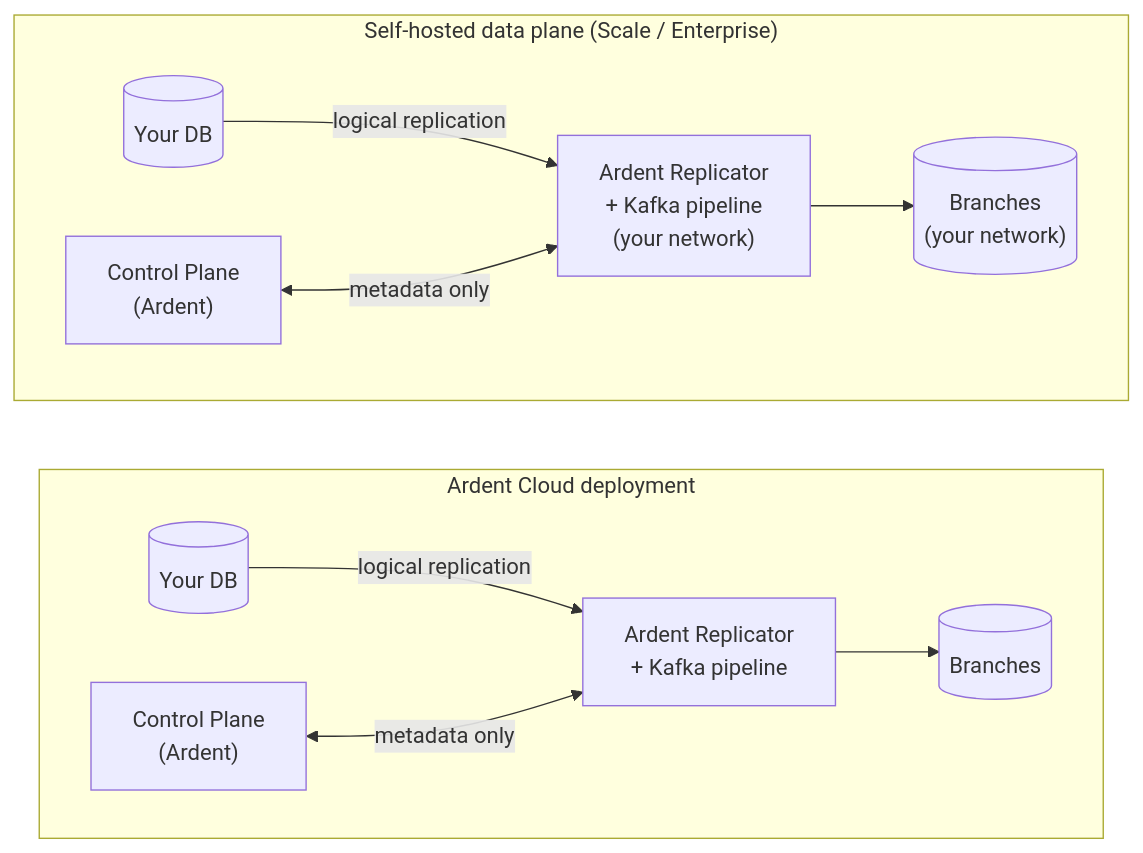
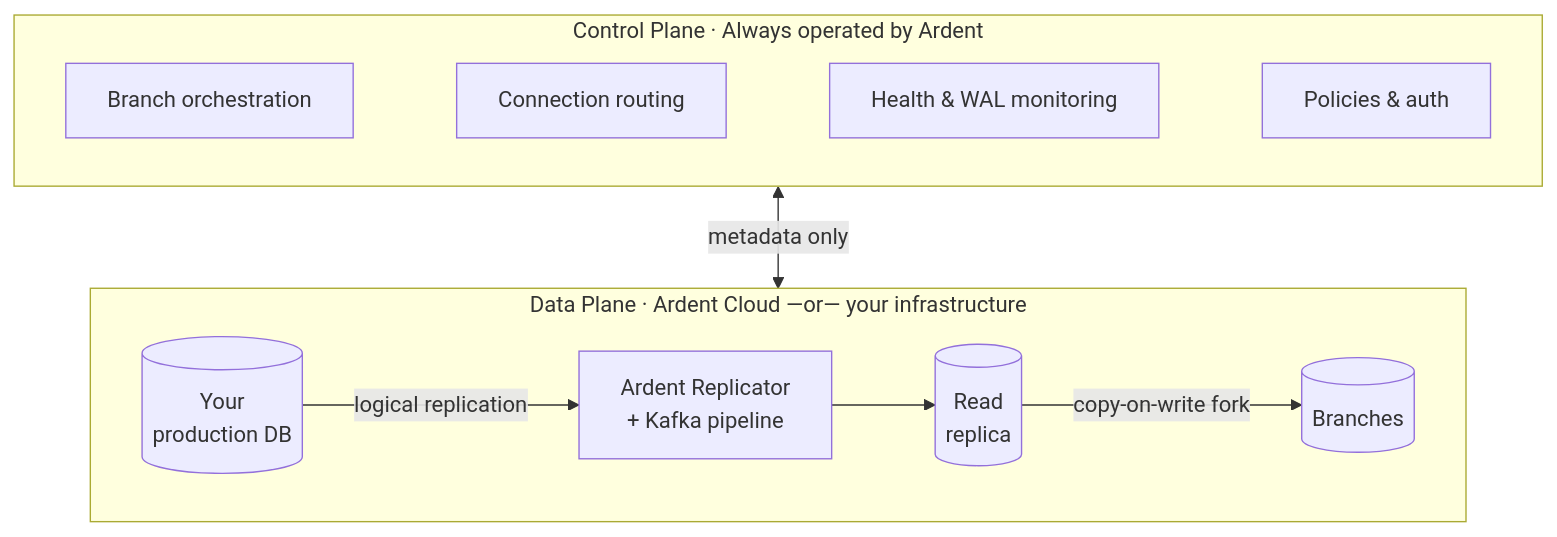
One commit to ArdentAILabs/docs changed the diagram in architecture.mdx. Above: the diagram before and after it, drawn with Mermaid. The commit also changed other lines of this file, not shown here.

Commit message:
docs: fix architecture diagram — branches fork from read replica, control plane as horizontal layer
Made-with: Cursor

````diff
--- a/architecture.mdx
+++ b/architecture.mdx
@@ -15,16 +15,16 @@
 ```mermaid
-flowchart LR
-    subgraph Cloud["Ardent Cloud deployment"]
+flowchart TB
+    subgraph CP["Control Plane · Always operated by Ardent"]
         direction LR
-        SRC1[("Your DB")] -->|"logical replication"| AR1["Ardent Replicator\n+ Kafka pipeline"]
-        AR1 --> B1[("Branches")]
-        CP1["Control Plane\n(Ardent)"] <-->|"metadata only"| AR1
+        ORCH["Branch orchestration"] ~~~ ROUTE["Connection routing"] ~~~ HEALTH["Health & WAL monitoring"] ~~~ POL["Policies & auth"]
     end
 
-    subgraph SH["Self-hosted data plane (Scale / Enterprise)"]
+    subgraph DP["Data Plane · Ardent Cloud  —or—  your infrastructure"]
         direction LR
-        SRC2[("Your DB")] -->|"logical replication"| AR2["Ardent Replicator\n+ Kafka pipeline\n(your network)"]
-        AR2 --> B2[("Branches\n(your network)")]
-        CP2["Control Plane\n(Ardent)"] <-->|"metadata only"| AR2
+        PROD[("Your\nproduction DB")] -->|"logical replication"| AR["Ardent Replicator\n+ Kafka pipeline"]
+        AR --> REP[("Read\nreplica")]
+        REP -->|"copy-on-write fork"| BR[("Branches")]
     end
+
+    CP <-->|"metadata only"| DP
 ```
````
